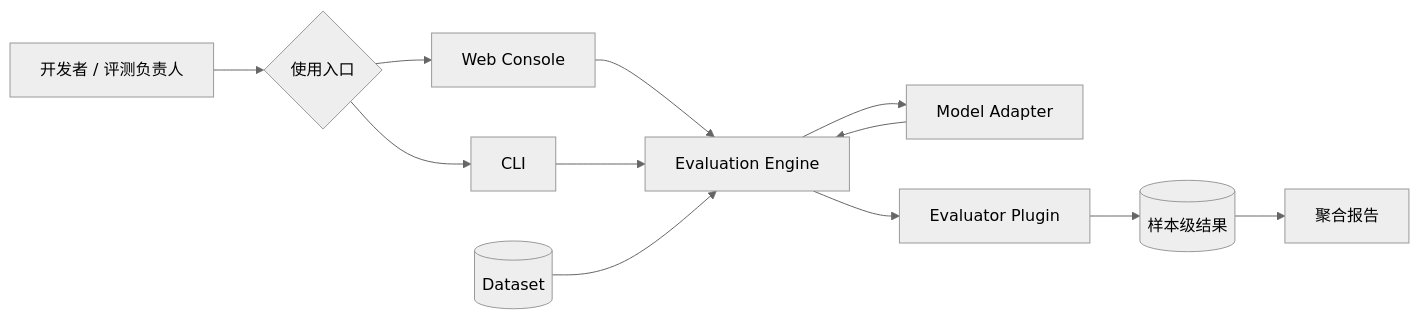
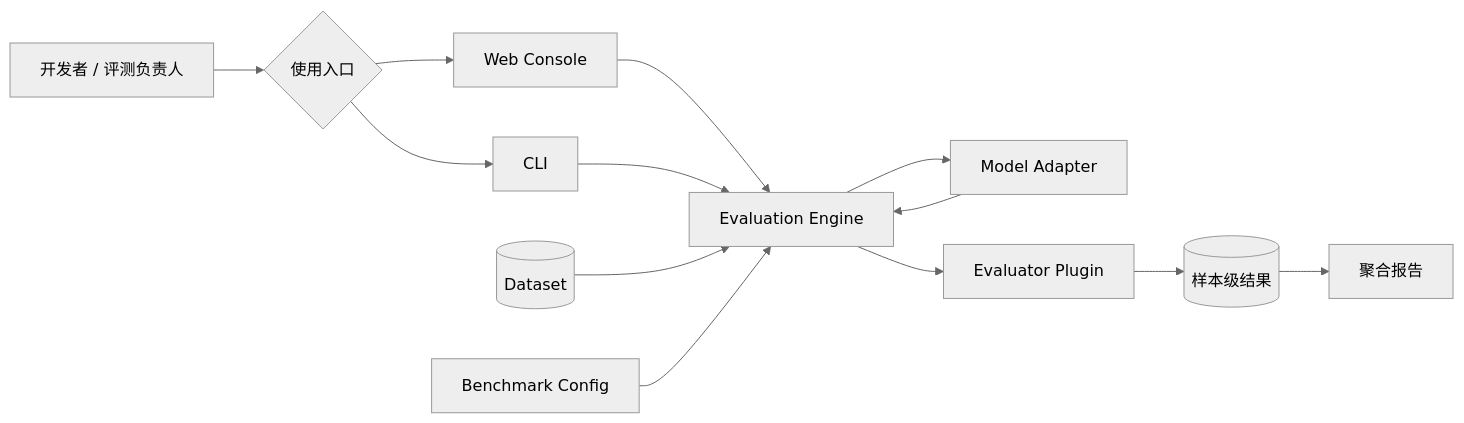
One commit to NEDONION/evalhub changed the first of 5 diagrams in README.md. Above: the diagram before and after it, drawn with Mermaid (neutral theme). The commit also changed other lines of this file and 1 other file, not shown here.

Commit message:
docs: correct README diagram semantics

````diff
--- a/README.md
+++ b/README.md
@@ -20,25 +20,27 @@
 ```mermaid
 flowchart LR
     User[开发者 / 评测负责人]
     Entry{使用入口}
     Web[Web Console]
     CLI[CLI]
     Engine[Evaluation Engine]
     Dataset[(Dataset)]
+    Benchmark[Benchmark Config]
     Model[Model Adapter]
     Evaluator[Evaluator Plugin]
     Result[(样本级结果)]
     Report[聚合报告]
 
     User --> Entry
     Entry --> Web
     Entry --> CLI
     Web --> Engine
     CLI --> Engine
     Dataset --> Engine
+    Benchmark --> Engine
     Engine --> Model
     Model --> Engine
     Engine --> Evaluator
     Evaluator --> Result
     Result --> Report
 ```
````
